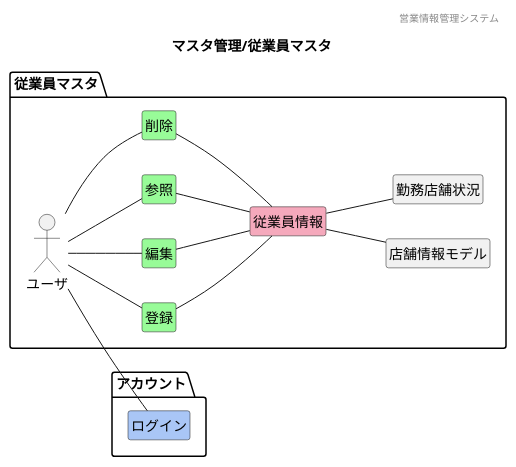
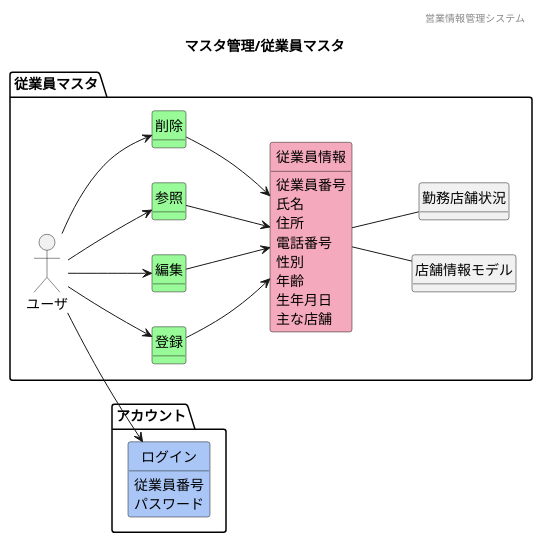
Before and after one commit to HaruShim/Sotuken: the diagram in 各種設計書/1ドメインモデル図/マスタ管理/F01従業員マスタ.plantuml, drawn with PlantUML. The commit also changed 13 other files, not shown here.

```diff
--- a/各種設計書/1ドメインモデル図/マスタ管理/F01従業員マスタ.plantuml
+++ b/各種設計書/1ドメインモデル図/マスタ管理/F01従業員マスタ.plantuml
@@ -1,62 +1,64 @@
 @startuml images/マスタ管理/従業員マスタ
 ' ヘッダー
 header 営業情報管理システム
 ' タイトル
 title マスタ管理/従業員マスタ
 ' 
 hide circle
 ' 
 hide method
-hide members
+' hide members
 left to right direction
 
 package "アカウント"{
     class "ログイン" #A9C6F6
 }
 
 package "従業員マスタ"{
     mix_actor "ユーザ"
     class "登録" #98fb98
     class "編集" #98fb98
     class "参照" #98fb98
     class "削除" #98fb98
     class "従業員情報" #F5A9BC
     class "店舗情報モデル"
     class "勤務店舗状況"
 
-    ユーザ -- 参照
-    ユーザ -- 登録
-    ユーザ -- 編集
-    ユーザ -- 削除
-    参照 -- 従業員情報
-    登録 -- 従業員情報
-    編集 -- 従業員情報
-    削除 -- 従業員情報
+    ユーザ --> 参照
+    ユーザ --> 登録
+    ユーザ --> 編集
+    ユーザ --> 削除
+    ユーザ --> ログイン
+    参照 --> 従業員情報
+    登録 --> 従業員情報
+    編集 --> 従業員情報
+    削除 --> 従業員情報
     従業員情報 -- 店舗情報モデル
     従業員情報 -- 勤務店舗状況
 
     従業員情報 : 従業員番号
     従業員情報 : 氏名
     従業員情報 : 住所
     従業員情報 : 電話番号
     従業員情報 : 性別
     従業員情報 : 年齢
     従業員情報 : 生年月日
     従業員情報 : 主な店舗
-    勤務店舗状況 : 店舗名
-    勤務店舗状況 : 従業員数
-    勤務店舗状況 : 責任者
-    店舗情報モデル : 店舗名
-    店舗情報モデル : 住所
-    店舗情報モデル : 連絡先
-    店舗情報モデル : 店長
-    店舗情報モデル : 主な従業員
+    ログイン : 従業員番号
+    ログイン : パスワード
+    ' 勤務店舗状況 : 店舗名
+    ' 勤務店舗状況 : 従業員数
+    ' 勤務店舗状況 : 責任者
+    ' 店舗情報モデル : 店舗名
+    ' 店舗情報モデル : 住所
+    ' 店舗情報モデル : 連絡先
+    ' 店舗情報モデル : 店長
+    ' 店舗情報モデル : 主な従業員
 }
 
-ユーザ -- ログイン
 
 
 
 
 
 @enduml
```
